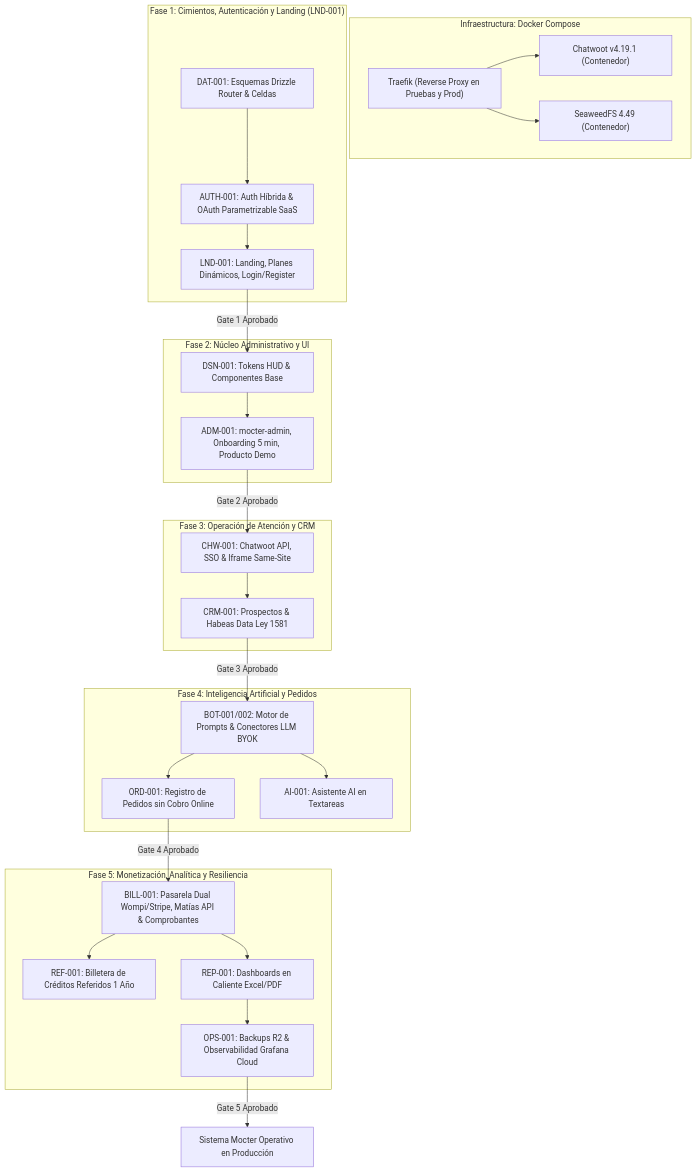
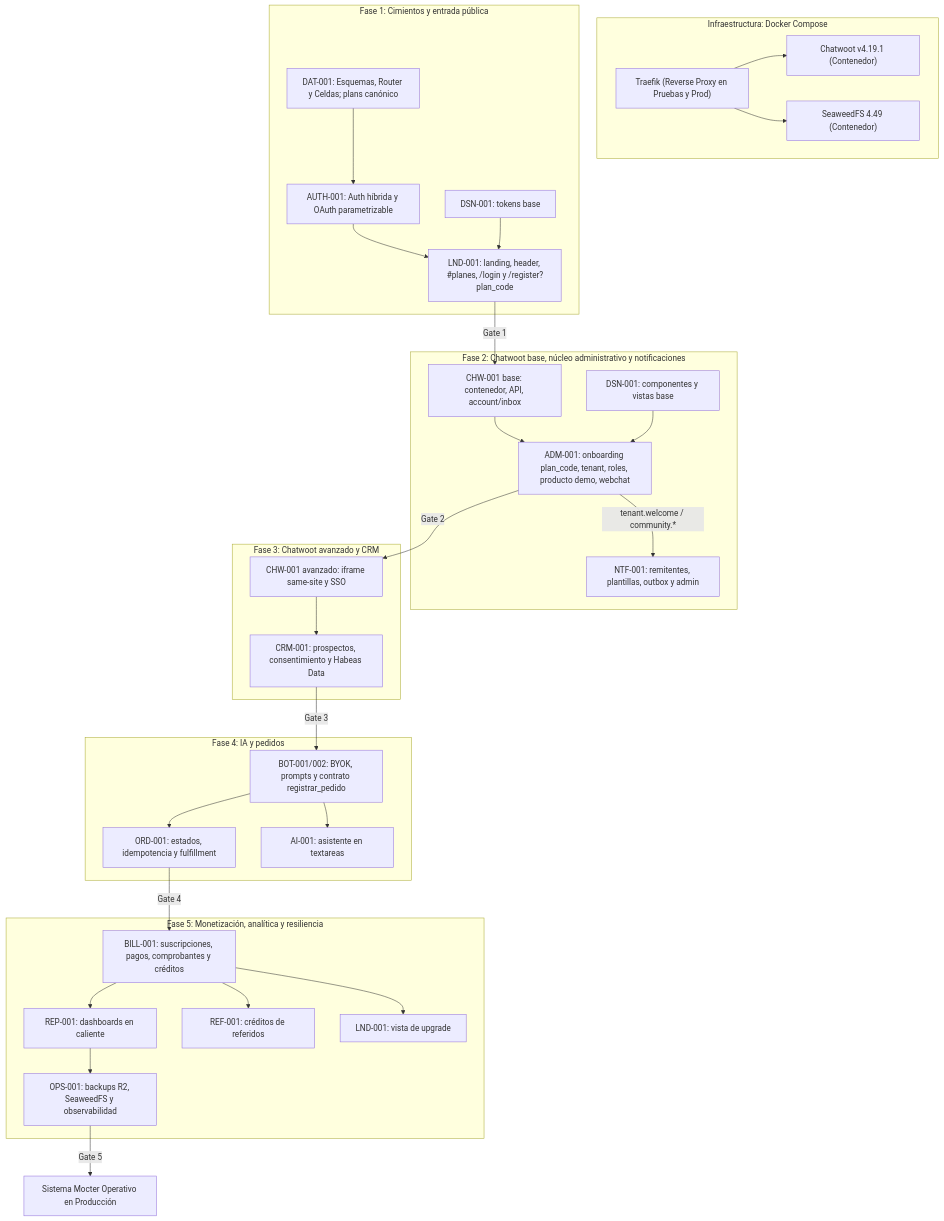
One commit to EnuarRosales/landig-agencia changed the diagram in docs/plan_maestro_implementacion.md. Above: the diagram before and after it, drawn with Mermaid. The commit also changed other lines of this file and 39 other files, not shown here.

````diff
--- a/docs/plan_maestro_implementacion.md
+++ b/docs/plan_maestro_implementacion.md
@@ -28,54 +29,62 @@
 ```mermaid
 flowchart TD
     subgraph INFRA ["Infraestructura: Docker Compose"]
         INFRA_TRAEFIK["Traefik (Reverse Proxy en Pruebas y Prod)"]
         INFRA_CHW["Chatwoot v4.19.1 (Contenedor)"]
         INFRA_FS["SeaweedFS 4.49 (Contenedor)"]
         INFRA_TRAEFIK --> INFRA_CHW
         INFRA_TRAEFIK --> INFRA_FS
     end
 
-    subgraph FASE1 ["Fase 1: Cimientos, Autenticación y Landing (LND-001)"]
-        F1_DAT["DAT-001: Esquemas Drizzle Router & Celdas"]
-        F1_AUTH["AUTH-001: Auth Híbrida & OAuth Parametrizable SaaS"]
-        F1_LND["LND-001: Landing, Planes Dinámicos, Login/Register"]
+    subgraph FASE1 ["Fase 1: Cimientos y entrada pública"]
+        F1_DAT["DAT-001: Esquemas, Router y Celdas; plans canónico"]
+        F1_AUTH["AUTH-001: Auth híbrida y OAuth parametrizable"]
+        F1_DSN["DSN-001: tokens base"]
+        F1_LND["LND-001: landing, header, #planes, /login y /register?plan_code"]
         F1_DAT --> F1_AUTH
         F1_AUTH --> F1_LND
+        F1_DSN --> F1_LND
     end
 
-    subgraph FASE2 ["Fase 2: Núcleo Administrativo y UI"]
-        F2_DSN["DSN-001: Tokens HUD & Componentes Base"]
-        F2_ADM["ADM-001: mocter-admin, Onboarding 5 min, Producto Demo"]
+    subgraph FASE2 ["Fase 2: Chatwoot base, núcleo administrativo y notificaciones"]
+        F2_CHW["CHW-001 base: contenedor, API, account/inbox"]
+        F2_ADM["ADM-001: onboarding plan_code, tenant, roles, producto demo, webchat"]
+        F2_DSN["DSN-001: componentes y vistas base"]
+        F2_NTF["NTF-001: remitentes, plantillas, outbox y admin"]
+        F2_CHW --> F2_ADM
         F2_DSN --> F2_ADM
+        F2_ADM -->|tenant.welcome / community.*| F2_NTF
     end
 
-    subgraph FASE3 ["Fase 3: Operación de Atención y CRM"]
-        F3_CHW["CHW-001: Chatwoot API, SSO & Iframe Same-Site"]
-        F3_CRM["CRM-001: Prospectos & Habeas Data Ley 1581"]
+    subgraph FASE3 ["Fase 3: Chatwoot avanzado y CRM"]
+        F3_CHW["CHW-001 avanzado: iframe same-site y SSO"]
+        F3_CRM["CRM-001: prospectos, consentimiento y Habeas Data"]
         F3_CHW --> F3_CRM
     end
 
-    subgraph FASE4 ["Fase 4: Inteligencia Artificial y Pedidos"]
-        F4_BOT["BOT-001/002: Motor de Prompts & Conectores LLM BYOK"]
-        F4_ORD["ORD-001: Registro de Pedidos sin Cobro Online"]
-        F4_AI["AI-001: Asistente AI en Textareas"]
+    subgraph FASE4 ["Fase 4: IA y pedidos"]
+        F4_BOT["BOT-001/002: BYOK, prompts y contrato registrar_pedido"]
+        F4_ORD["ORD-001: estados, idempotencia y fulfillment"]
+        F4_AI["AI-001: asistente en textareas"]
         F4_BOT --> F4_ORD
         F4_BOT --> F4_AI
     end
 
-    subgraph FASE5 ["Fase 5: Monetización, Analítica y Resiliencia"]
-        F5_BILL["BILL-001: Pasarela Dual Wompi/Stripe, Matías API & Comprobantes"]
-        F5_REF["REF-001: Billetera de Créditos Referidos 1 Año"]
-        F5_REP["REP-001: Dashboards en Caliente Excel/PDF"]
-        F5_OPS["OPS-001: Backups R2 & Observabilidad Grafana Cloud"]
+    subgraph FASE5 ["Fase 5: Monetización, analítica y resiliencia"]
+        F5_BILL["BILL-001: suscripciones, pagos, comprobantes y créditos"]
+        F5_REP["REP-001: dashboards en caliente"]
+        F5_REF["REF-001: créditos de referidos"]
+        F5_OPS["OPS-001: backups R2, SeaweedFS y observabilidad"]
+        F5_LND["LND-001: vista de upgrade"]
+        F5_BILL --> F5_REP
         F5_BILL --> F5_REF
-        F5_BILL --> F5_REP
         F5_REP --> F5_OPS
+        F5_BILL --> F5_LND
     end
 
-    F1_LND -->|Gate 1 Aprobado| F2_DSN
-    F2_ADM -->|Gate 2 Aprobado| F3_CHW
-    F3_CRM -->|Gate 3 Aprobado| F4_BOT
-    F4_ORD -->|Gate 4 Aprobado| F5_BILL
-    F5_OPS -->|Gate 5 Aprobado| SistemaCompletado["Sistema Mocter Operativo en Producción"]
+    F1_LND -->|Gate 1| F2_CHW
+    F2_ADM -->|Gate 2| F3_CHW
+    F3_CRM -->|Gate 3| F4_BOT
+    F4_ORD -->|Gate 4| F5_BILL
+    F5_OPS -->|Gate 5| SistemaCompletado["Sistema Mocter Operativo en Producción"]
 ```
````
